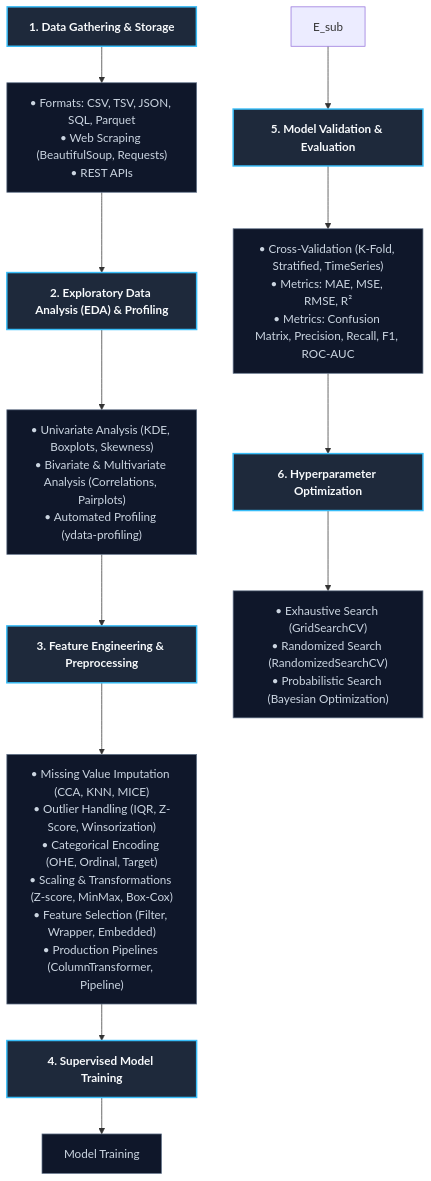
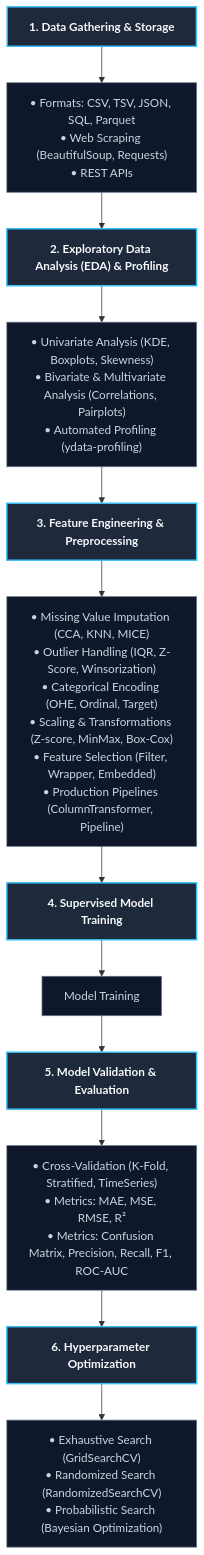
One commit to Rishabh-creator601/Machine_Learning_rock changed the diagram in readme.md. Above: the diagram before and after it, drawn with Mermaid.

Commit message:
readme update

````diff
--- a/readme.md
+++ b/readme.md
@@ -9,37 +9,36 @@
 ```mermaid 
-
 flowchart TD
     %% Styling
     classDef main fill:#1e293b,stroke:#38bdf8,stroke-width:2px,color:#f8fafc,font-weight:bold;
     classDef sub fill:#0f172a,stroke:#64748b,stroke-width:1px,color:#cbd5e1;
 
     %% Step 1
     A["1. Data Gathering & Storage"]:::main
     A_sub["• Formats: CSV, TSV, JSON, SQL, Parquet<br>• Web Scraping (BeautifulSoup, Requests)<br>• REST APIs"]:::sub
     A --> A_sub
 
     %% Step 2
     A_sub --> B["2. Exploratory Data Analysis (EDA) & Profiling"]:::main
     B_sub["• Univariate Analysis (KDE, Boxplots, Skewness)<br>• Bivariate & Multivariate Analysis (Correlations, Pairplots)<br>• Automated Profiling (ydata-profiling)"]:::sub
     B --> B_sub
 
     %% Step 3
     B_sub --> C["3. Feature Engineering & Preprocessing"]:::main
     C_sub["• Missing Value Imputation (CCA, KNN, MICE)<br>• Outlier Handling (IQR, Z-Score, Winsorization)<br>• Categorical Encoding (OHE, Ordinal, Target)<br>• Scaling & Transformations (Z-score, MinMax, Box-Cox)<br>• Feature Selection (Filter, Wrapper, Embedded)<br>• Production Pipelines (ColumnTransformer, Pipeline)"]:::sub
     C --> C_sub
 
     %% Step 4
     C_sub --> D["4. Supervised Model Training"]:::main
     D_sub["Model Training"]:::sub
     D --> D_sub
 
     %% Step 5
-    E_sub --> F["5. Model Validation & Evaluation"]:::main
+    D_sub --> F["5. Model Validation & Evaluation"]:::main
     F_sub["• Cross-Validation (K-Fold, Stratified, TimeSeries)<br>• Metrics: MAE, MSE, RMSE, R²<br>• Metrics: Confusion Matrix, Precision, Recall, F1, ROC-AUC"]:::sub
     F --> F_sub
 
     %% Step 6
     F_sub --> G["6. Hyperparameter Optimization"]:::main
     G_sub["• Exhaustive Search (GridSearchCV)<br>• Randomized Search (RandomizedSearchCV)<br>• Probabilistic Search (Bayesian Optimization)"]:::sub
     G --> G_sub
 ```
````
